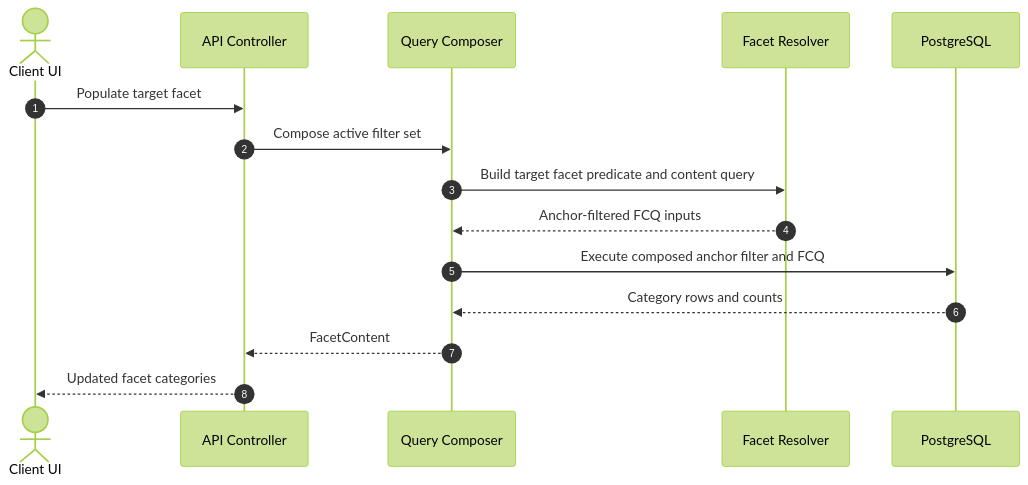
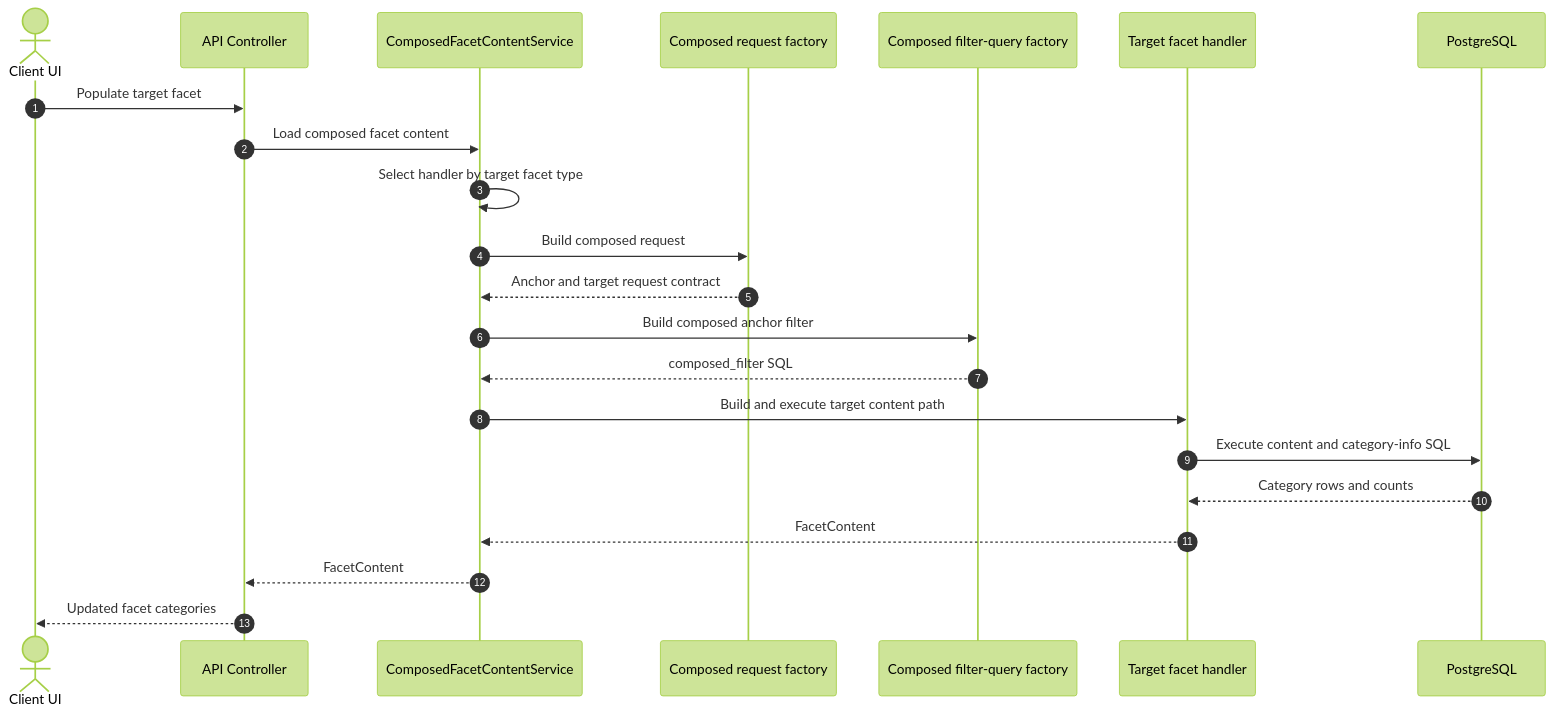
One commit to humlab-sead/sead_query_api changed diagram 12 of 13 in docs/DIAGRAMS.md. Above: the diagram before and after it, drawn with Mermaid (forest theme). The commit also changed other lines of this file and 2 other files, not shown here.

Commit message:
docs: update DESIGN.md, DEVELOPMENT.md, and DIAGRAMS.md to reflect changes in composed facet-content orchestration and request handling

````diff
--- a/docs/DIAGRAMS.md
+++ b/docs/DIAGRAMS.md
@@ -362,18 +376,25 @@
 ```mermaid
 sequenceDiagram
     autonumber
     actor UI as Client UI
     participant API as API Controller
-    participant QC as Query Composer
-    participant FR as Facet Resolver
+    participant CFS as ComposedFacetContentService
+    participant RF as Composed request factory
+    participant FF as Composed filter-query factory
+    participant TH as Target facet handler
     participant DB as PostgreSQL
 
     UI->>API: Populate target facet
-    API->>QC: Compose active filter set
-    QC->>FR: Build target facet predicate and content query
-    FR-->>QC: Anchor-filtered FCQ inputs
-    QC->>DB: Execute composed anchor filter and FCQ
-    DB-->>QC: Category rows and counts
-    QC-->>API: FacetContent
+    API->>CFS: Load composed facet content
+    CFS->>CFS: Select handler by target facet type
+    CFS->>RF: Build composed request
+    RF-->>CFS: Anchor and target request contract
+    CFS->>FF: Build composed anchor filter
+    FF-->>CFS: composed_filter SQL
+    CFS->>TH: Build and execute target content path
+    TH->>DB: Execute content and category-info SQL
+    DB-->>TH: Category rows and counts
+    TH-->>CFS: FacetContent
+    CFS-->>API: FacetContent
     API-->>UI: Updated facet categories
 ```
````
